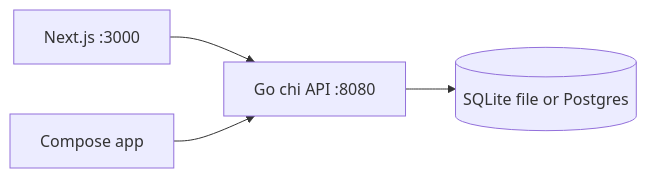
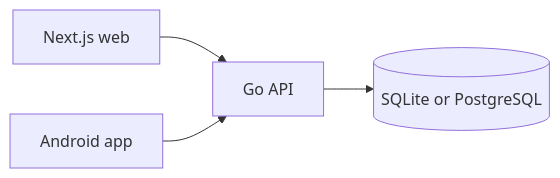
One commit to hiroshi-os/inkwell changed the diagram in SYSTEM_DESIGN.md. Above: the diagram before and after it, drawn with Mermaid. The commit also changed other lines of this file and 9 other files, not shown here.

````diff
--- a/SYSTEM_DESIGN.md
+++ b/SYSTEM_DESIGN.md
@@ -164,6 +7,6 @@
 ```mermaid
 flowchart LR
-  Web[Next.js :3000] --> API[Go chi API :8080]
-  And[Compose app] --> API
-  API --> DB[(SQLite file or Postgres)]
+  Web[Next.js web] --> API[Go API]
+  Android[Android app] --> API
+  API --> DB[(SQLite or PostgreSQL)]
 ```
````
